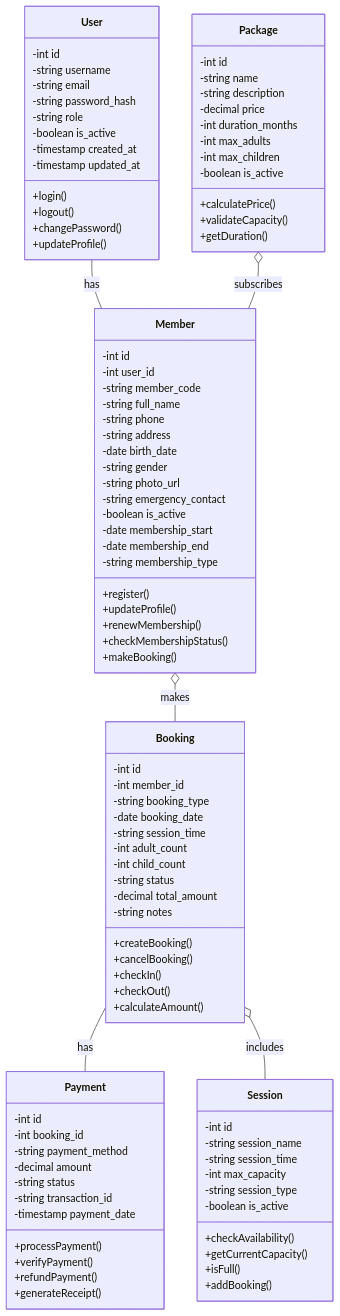
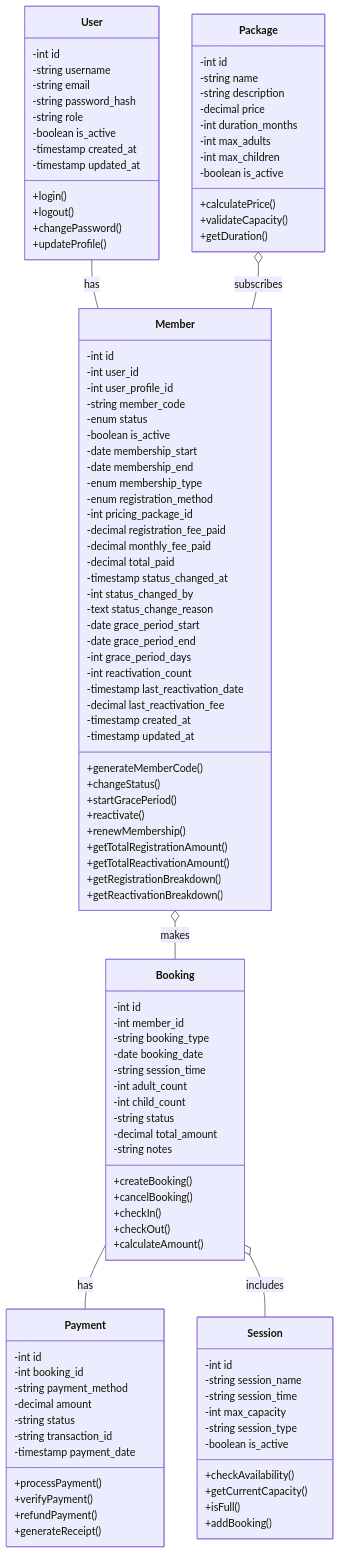
The sixth of 50 diagrams in Planing/06-uml-diagrams.md (BlackCoffeee/raujan_pool), drawn with Mermaid before and after one commit. The commit also changed other lines of this file, not shown here.

```diff
--- a/Planing/06-uml-diagrams.md
+++ b/Planing/06-uml-diagrams.md
@@ -656,23 +656,38 @@
     class Member {
         -int id
         -int user_id
+        -int user_profile_id
         -string member_code
-        -string full_name
-        -string phone
-        -string address
-        -date birth_date
-        -string gender
-        -string photo_url
-        -string emergency_contact
+        -enum status
         -boolean is_active
         -date membership_start
         -date membership_end
-        -string membership_type
-        +register()
-        +updateProfile()
+        -enum membership_type
+        -enum registration_method
+        -int pricing_package_id
+        -decimal registration_fee_paid
+        -decimal monthly_fee_paid
+        -decimal total_paid
+        -timestamp status_changed_at
+        -int status_changed_by
+        -text status_change_reason
+        -date grace_period_start
+        -date grace_period_end
+        -int grace_period_days
+        -int reactivation_count
+        -timestamp last_reactivation_date
+        -decimal last_reactivation_fee
+        -timestamp created_at
+        -timestamp updated_at
+        +generateMemberCode()
+        +changeStatus()
+        +startGracePeriod()
+        +reactivate()
         +renewMembership()
-        +checkMembershipStatus()
-        +makeBooking()
+        +getTotalRegistrationAmount()
+        +getTotalReactivationAmount()
+        +getRegistrationBreakdown()
+        +getReactivationBreakdown()
     }
 
     class Package {
```
